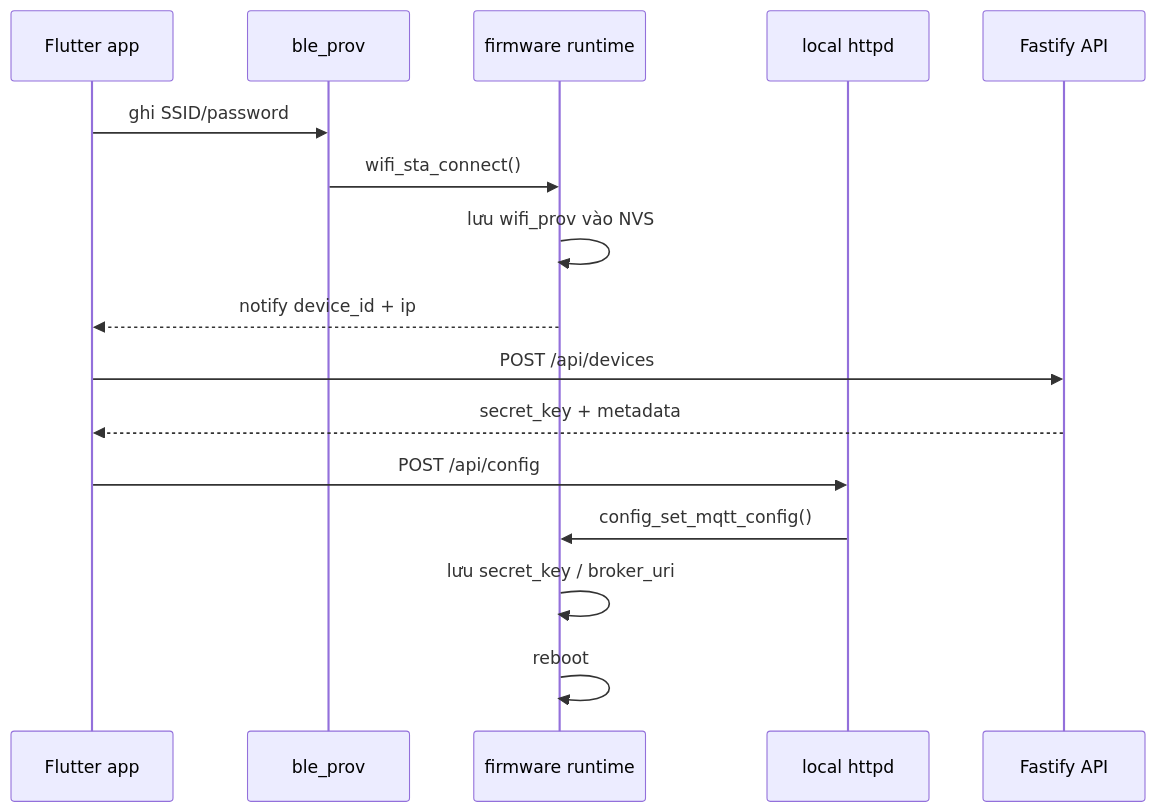
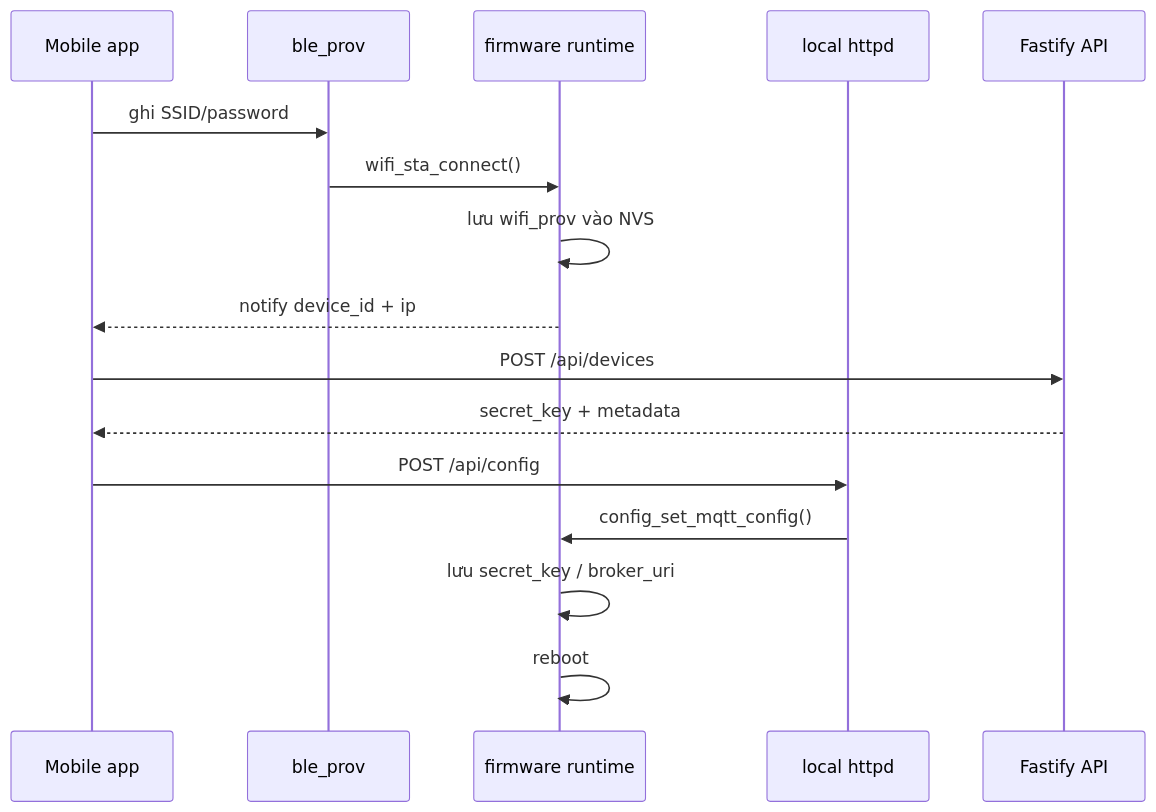
The third of 4 diagrams in docs/architecture/ARCHITECTURE_FIRMWARE.md (meeTeam05/blockchain-iot), drawn with Mermaid before and after one commit. The commit also changed 44 other files, not shown here.

````diff
--- a/docs/architecture/ARCHITECTURE_FIRMWARE.md
+++ b/docs/architecture/ARCHITECTURE_FIRMWARE.md
@@ -237,19 +237,19 @@
 ```mermaid
 sequenceDiagram
-    participant App as Flutter app
+    participant App as Mobile app
     participant BLE as ble_prov
     participant Device as firmware runtime
     participant HTTP as local httpd
     participant API as Fastify API
 
     App->>BLE: ghi SSID/password
     BLE->>Device: wifi_sta_connect()
     Device->>Device: lưu wifi_prov vào NVS
     Device-->>App: notify device_id + ip
     App->>API: POST /api/devices
     API-->>App: secret_key + metadata
     App->>HTTP: POST /api/config
     HTTP->>Device: config_set_mqtt_config()
     Device->>Device: lưu secret_key / broker_uri
     Device->>Device: reboot
 ```
````
